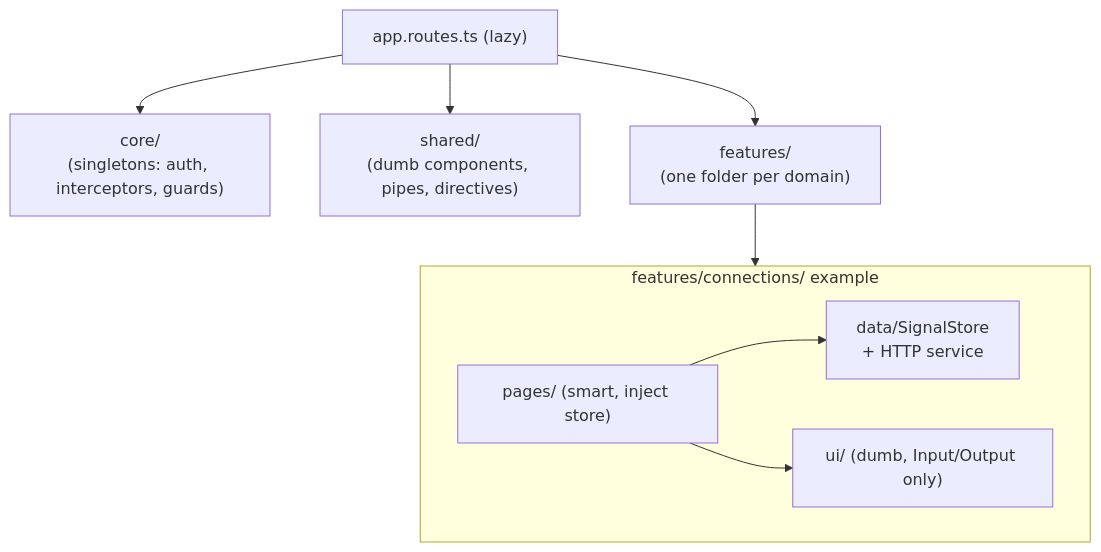
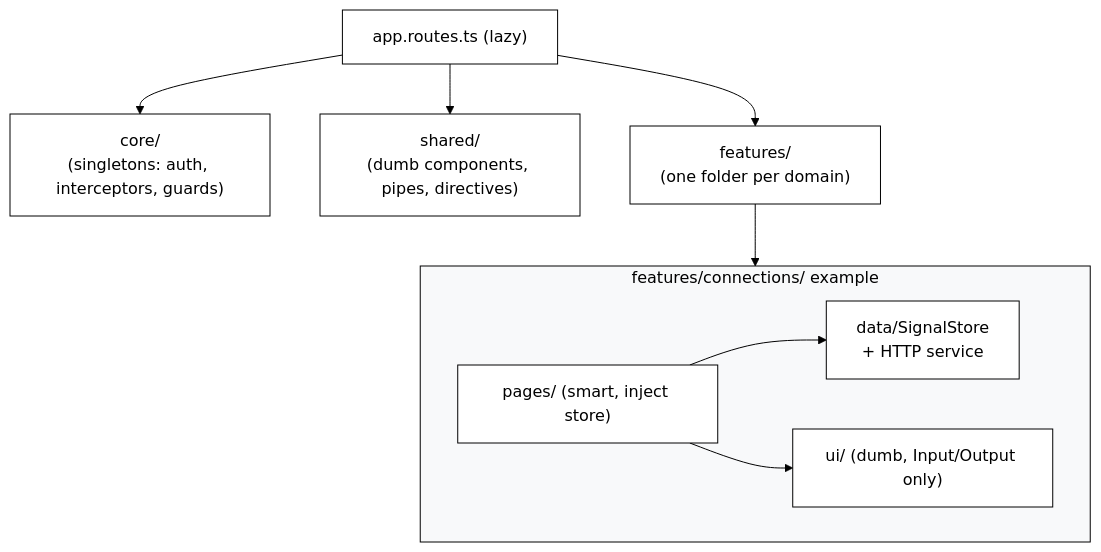
One commit to alessandrocaetanob/smooth-operator changed the fifth of 6 diagrams in docs/architecture/overview.md. Above: the diagram before and after it, drawn with Mermaid. The commit also changed other lines of this file and 7 other files, not shown here.

First line of the commit message:
docs: improve Mermaid diagram contrast and add project configurations (#94)

````diff
--- a/docs/architecture/overview.md
+++ b/docs/architecture/overview.md
@@ -125,13 +174,27 @@
 ```mermaid
+%%{init: {
+  'theme': 'base',
+  'themeVariables': {
+    'primaryColor': '#ffffff',
+    'primaryBorderColor': '#000000',
+    'primaryTextColor': '#000000',
+    'lineColor': '#000000',
+    'fontSize': '16px',
+    'fontFamily': 'Inter, system-ui, sans-serif',
+    'mainBkg': '#ffffff',
+    'clusterBkg': '#f8f9fa',
+    'clusterBorder': '#000000'
+  }
+}}%%
 graph TD
   AppRoutes["app.routes.ts (lazy)"] --> CoreModule["core/\n(singletons: auth, interceptors, guards)"]
   AppRoutes --> SharedModule["shared/\n(dumb components, pipes, directives)"]
   AppRoutes --> Features["features/\n(one folder per domain)"]
 
   subgraph Feature [features/connections/ example]
     Pages["pages/ (smart, inject store)"] --> Store["data/SignalStore\n+ HTTP service"]
     Pages --> UI["ui/ (dumb, Input/Output only)"]
   end
 
   Features --> Feature
 ```
````
